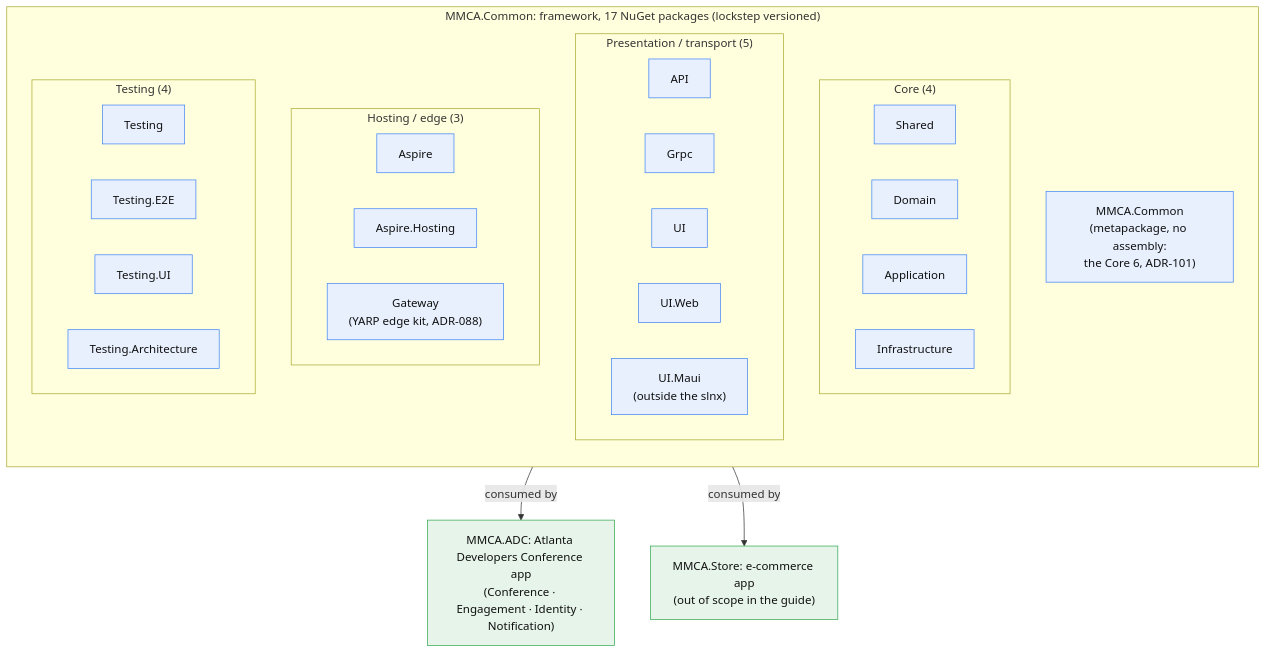
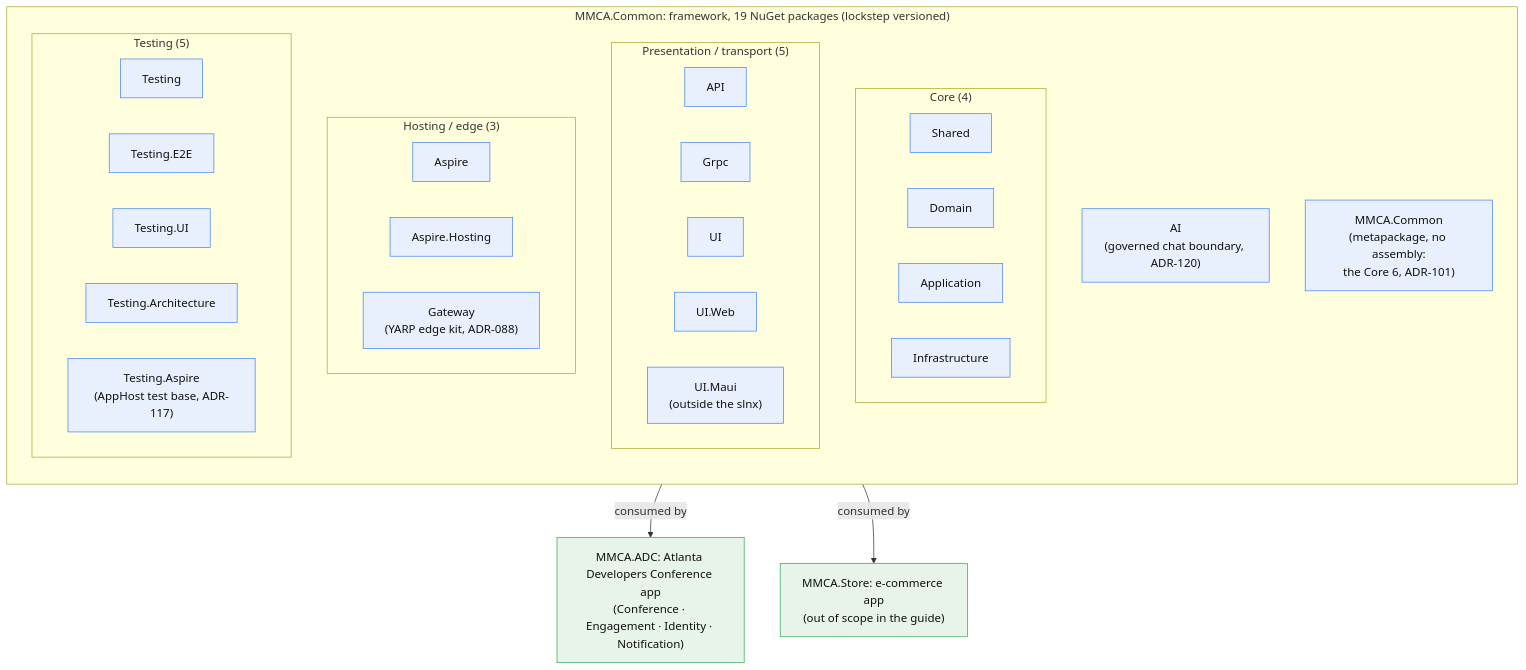
Before and after one commit to ivanball/ivanball.github.io: the first of 15 diagrams in docs-src/onboarding/CONCEPT-MAPS.md, drawn with Mermaid. The commit also changed other lines of this file and 83 other files, not shown here.

First line of the commit message:
docs(onboarding): 2026-09-14 full drift sweep, new group G28 Common AI Integration, testing chapter renumbered to 28 (#185)

````diff
--- a/docs-src/onboarding/CONCEPT-MAPS.md
+++ b/docs-src/onboarding/CONCEPT-MAPS.md
@@ -31,42 +35,44 @@
 ```mermaid
 flowchart TD
-    subgraph COMMON["MMCA.Common: framework, 17 NuGet packages (lockstep versioned)"]
+    subgraph COMMON["MMCA.Common: framework, 19 NuGet packages (lockstep versioned)"]
         direction TB
         subgraph CORE["Core (4)"]
             SH["Shared"]
             DOM["Domain"]
             APP["Application"]
             INF["Infrastructure"]
         end
         subgraph PRES["Presentation / transport (5)"]
             API["API"]
             GRPC["Grpc"]
             UI["UI"]
             UIW["UI.Web"]
             UIM["UI.Maui<br/>(outside the slnx)"]
         end
         subgraph HOSTPK["Hosting / edge (3)"]
             ASPIRE["Aspire"]
             ASPH["Aspire.Hosting"]
             GWPK["Gateway<br/>(YARP edge kit, ADR-088)"]
         end
-        subgraph TEST["Testing (4)"]
+        subgraph TEST["Testing (5)"]
             T1["Testing"]
             T2["Testing.E2E"]
             T3["Testing.UI"]
             T4["Testing.Architecture"]
+            T5["Testing.Aspire<br/>(AppHost test base, ADR-117)"]
         end
+        AIPK["AI<br/>(governed chat boundary, ADR-120)"]
         META["MMCA.Common<br/>(metapackage, no assembly:<br/>the Core 6, ADR-101)"]
     end
 
     ADC["MMCA.ADC: Atlanta Developers Conference app<br/>(Conference · Engagement · Identity · Notification)"]
     STORE["MMCA.Store: e-commerce app<br/>(out of scope in the guide)"]
 
     COMMON -->|"consumed by"| ADC
     COMMON -->|"consumed by"| STORE
 
     classDef fw fill:#e8f0fe,stroke:#4285f4,color:#111
     classDef con fill:#e6f4ea,stroke:#34a853,color:#111
-    class SH,DOM,APP,INF,API,GRPC,UI,UIW,UIM,ASPIRE,ASPH,GWPK,T1,T2,T3,T4,META fw
+    class SH,DOM,APP,INF,API,GRPC,UI,UIW,UIM,ASPIRE,ASPH,GWPK,T1,T2,T3,T4,T5,AIPK,META fw
     class ADC,STORE con
 ```
````
